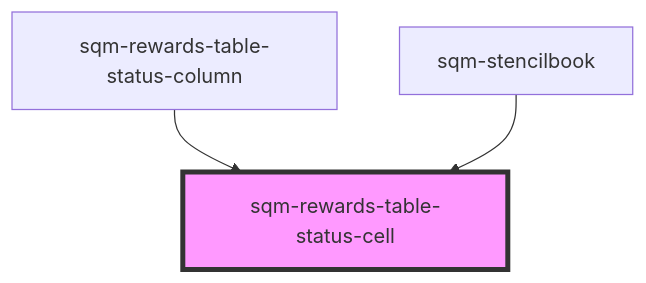
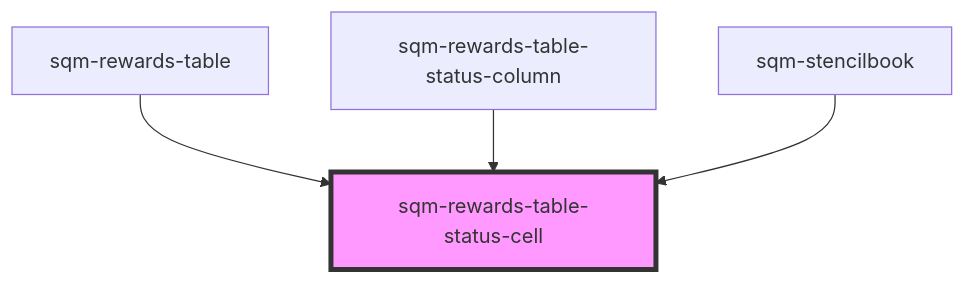
Before and after one commit to saasquatch/program-tools: the diagram in packages/mint-components/src/components/sqm-rewards-table/cells/readme.md, drawn with Mermaid. The commit also changed other lines of this file and 17 other files, not shown here.

````diff
--- a/packages/mint-components/src/components/sqm-rewards-table/cells/readme.md
+++ b/packages/mint-components/src/components/sqm-rewards-table/cells/readme.md
@@ -29,6 +30,7 @@
 ```mermaid
 graph TD;
+  sqm-rewards-table --> sqm-rewards-table-status-cell
   sqm-rewards-table-status-column --> sqm-rewards-table-status-cell
   sqm-stencilbook --> sqm-rewards-table-status-cell
   style sqm-rewards-table-status-cell fill:#f9f,stroke:#333,stroke-width:4px
 ```
````
